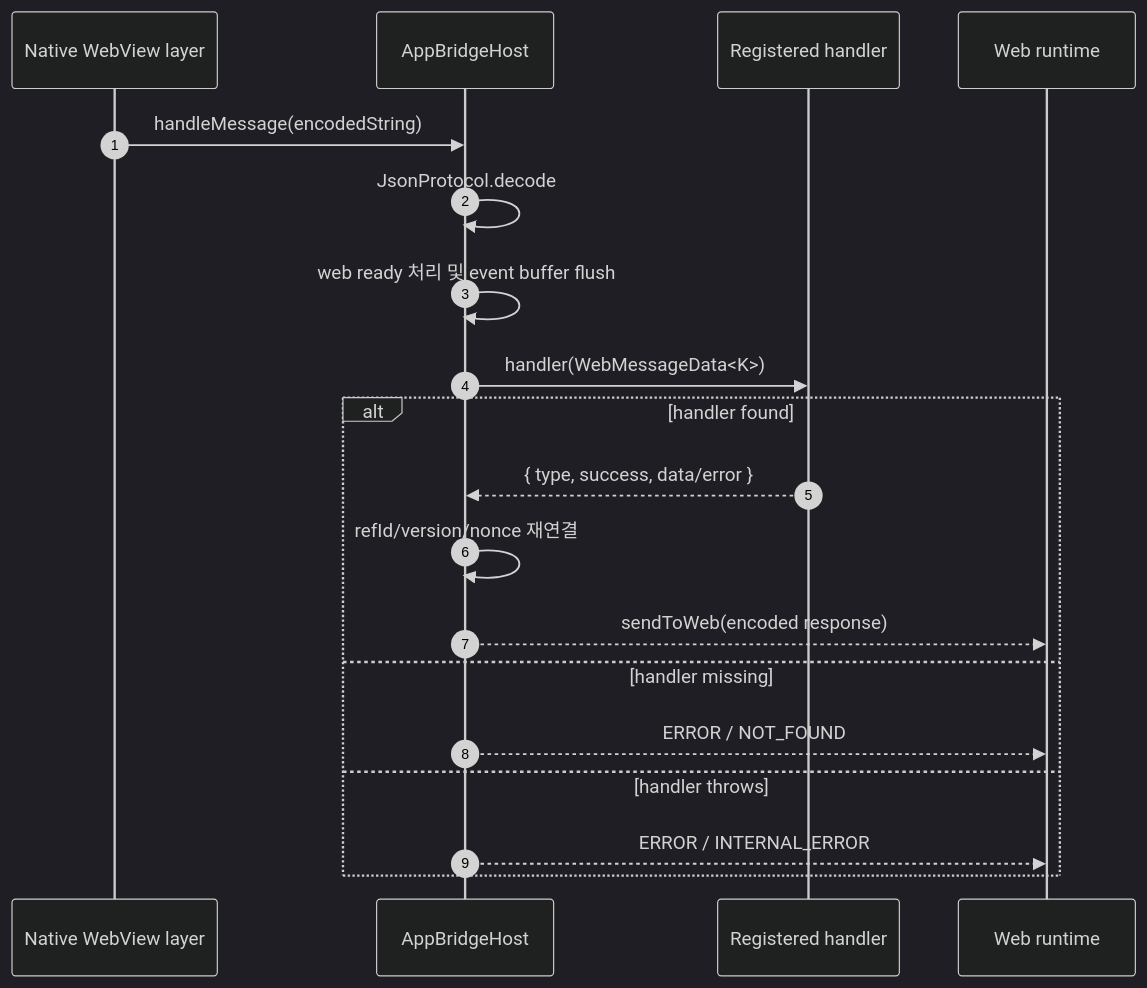
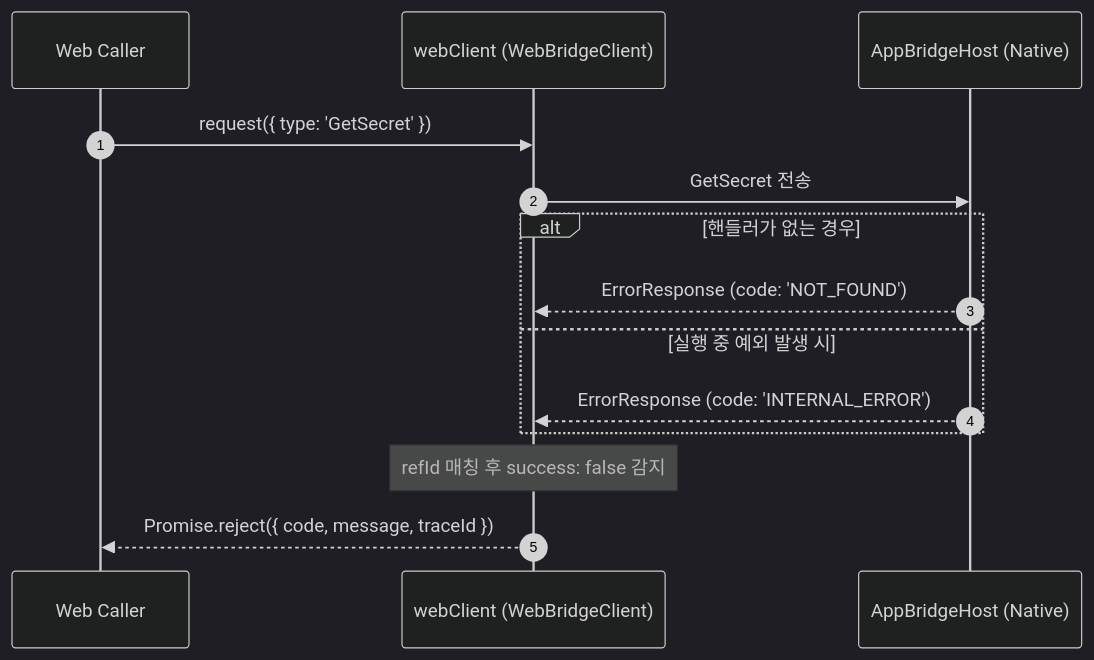
One commit to lemoncloud-io/dou-app changed the sixth of 6 diagrams in libs/bridges/README.md. Above: the diagram before and after it, drawn with Mermaid (dark theme). The commit also changed other lines of this file and 2 other files, not shown here.

First line of the commit message:
refactor(bridges): remove bridge simulation environment

````diff
--- a/libs/bridges/README.md
+++ b/libs/bridges/README.md
@@ -240,23 +197,19 @@
 ```mermaid
 sequenceDiagram
     autonumber
-    participant Native as Native WebView layer
-    participant Host as AppBridgeHost
-    participant Handler as Registered handler
-    participant Web as Web runtime
+    participant Caller as Web Caller
+    participant Client as webClient (WebBridgeClient)
+    participant Host as AppBridgeHost (Native)
 
-    Native->>Host: handleMessage(encodedString)
-    Host->>Host: JsonProtocol.decode
-    Host->>Host: web ready 처리 및 event buffer flush
-    Host->>Handler: handler(WebMessageData<K>)
+    Caller->>Client: request({ type: 'GetSecret' })
+    Client->>Host: GetSecret 전송
 
-    alt handler found
-        Handler-->>Host: { type, success, data/error }
-        Host->>Host: refId/version/nonce 재연결
-        Host-->>Web: sendToWeb(encoded response)
-    else handler missing
-        Host-->>Web: ERROR / NOT_FOUND
-    else handler throws
-        Host-->>Web: ERROR / INTERNAL_ERROR
+    alt 핸들러가 없는 경우
+        Host-->>Client: ErrorResponse (code: 'NOT_FOUND')
+    else 실행 중 예외 발생 시
+        Host-->>Client: ErrorResponse (code: 'INTERNAL_ERROR')
     end
+
+    Note over Client: refId 매칭 후 success: false 감지
+    Client-->>Caller: Promise.reject({ code, message, traceId })
 ```
````
